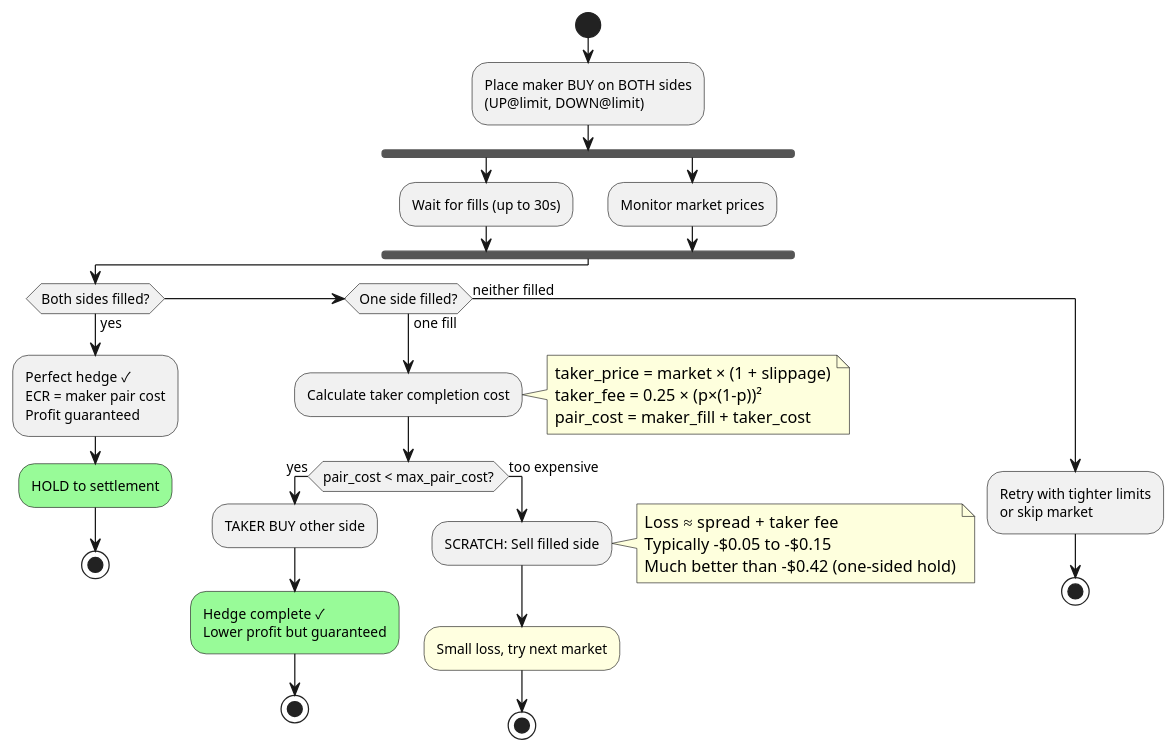
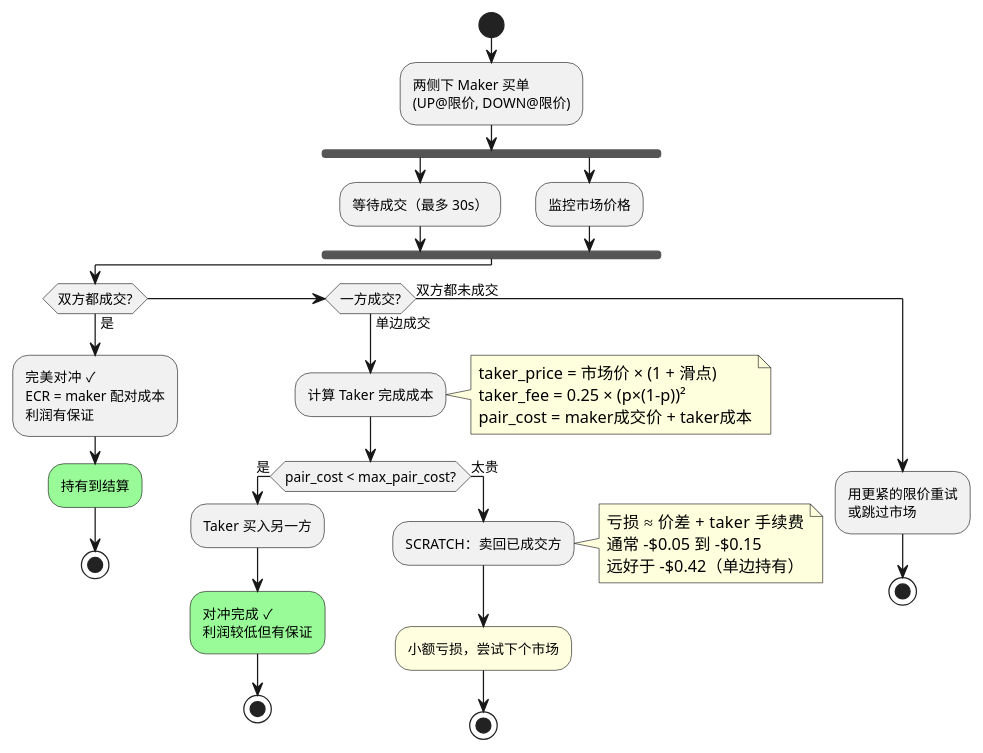
The seventh of 10 diagrams in docs/strategy-first-principles.md (jsyqrt/polymoney), drawn with PlantUML before and after one commit. The commit also changed other lines of this file, not shown here.

````diff
--- a/docs/strategy-first-principles.md
+++ b/docs/strategy-first-principles.md
@@ -558,46 +558,46 @@
 ```plantuml
 @startuml taker_hybrid
 skinparam activityFontSize 11
 
 start
-:Place maker BUY on BOTH sides\n(UP@limit, DOWN@limit);
+:两侧下 Maker 买单\n(UP@限价, DOWN@限价);
 
 fork
-  :Wait for fills (up to 30s);
+  :等待成交（最多 30s）;
 fork again
-  :Monitor market prices;
+  :监控市场价格;
 end fork
 
-if (Both sides filled?) then (yes)
-  :Perfect hedge ✓\nECR = maker pair cost\nProfit guaranteed;
-  #palegreen:HOLD to settlement;
+if (双方都成交?) then (是)
+  :完美对冲 ✓\nECR = maker 配对成本\n利润有保证;
+  #palegreen:持有到结算;
   stop
-elseif (One side filled?) then (one fill)
-  :Calculate taker completion cost;
+elseif (一方成交?) then (单边成交)
+  :计算 Taker 完成成本;
   note right
-    taker_price = market × (1 + slippage)
+    taker_price = 市场价 × (1 + 滑点)
     taker_fee = 0.25 × (p×(1-p))²
-    pair_cost = maker_fill + taker_cost
+    pair_cost = maker成交价 + taker成本
   end note
   
-  if (pair_cost < max_pair_cost?) then (yes)
-    :TAKER BUY other side;
-    #palegreen:Hedge complete ✓\nLower profit but guaranteed;
+  if (pair_cost < max_pair_cost?) then (是)
+    :Taker 买入另一方;
+    #palegreen:对冲完成 ✓\n利润较低但有保证;
     stop
-  else (too expensive)
-    :SCRATCH: Sell filled side;
+  else (太贵)
+    :SCRATCH：卖回已成交方;
     note right
-      Loss ≈ spread + taker fee
-      Typically -$0.05 to -$0.15
-      Much better than -$0.42 (one-sided hold)
+      亏损 ≈ 价差 + taker 手续费
+      通常 -$0.05 到 -$0.15
+      远好于 -$0.42（单边持有）
     end note
-    #lightyellow:Small loss, try next market;
+    #lightyellow:小额亏损，尝试下个市场;
     stop
   endif
-else (neither filled)
-  :Retry with tighter limits\nor skip market;
+else (双方都未成交)
+  :用更紧的限价重试\n或跳过市场;
   stop
 endif
 
 @enduml
 ```
````
